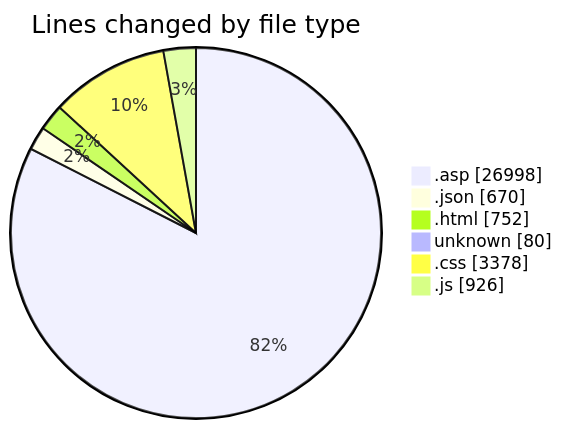
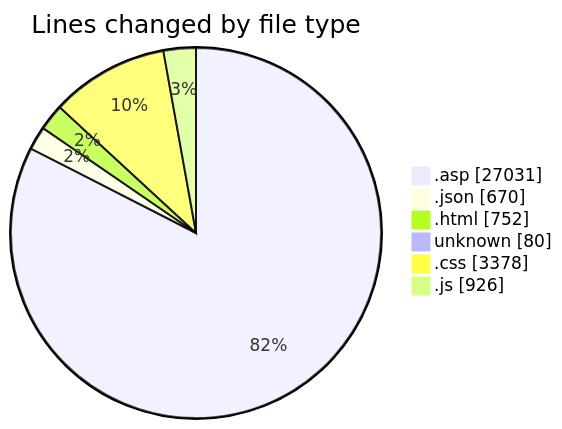
Before and after one commit to julien-gomy/code-tracking: the first of 2 diagrams in 2025-11-01/cdp_aleoudev_fr__workspace_/README.md, drawn with Mermaid. The commit also changed other lines of this file and 1 other file, not shown here.

````diff
--- a/2025-11-01/cdp_aleoudev_fr__workspace_/README.md
+++ b/2025-11-01/cdp_aleoudev_fr__workspace_/README.md
@@ -39,10 +39,10 @@
 ```mermaid
 pie showData
 title Lines changed by file type
-".asp" : 26998
+".asp" : 27031
 ".json" : 670
 ".html" : 752
 "unknown" : 80
 ".css" : 3378
 ".js" : 926
 ```
````
